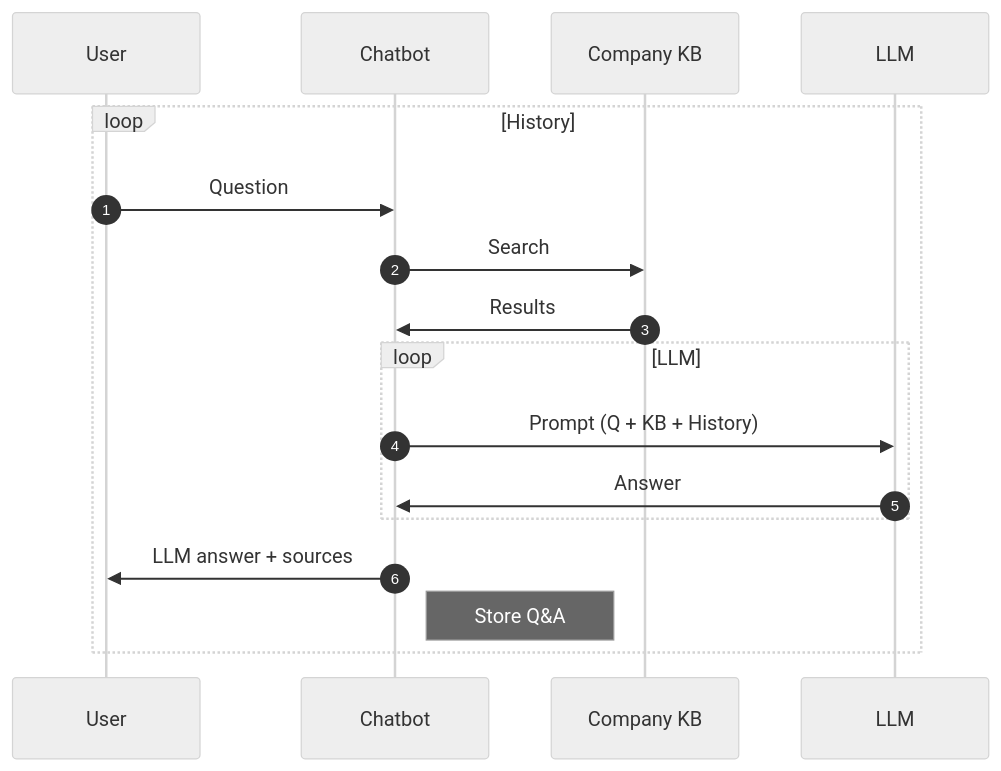
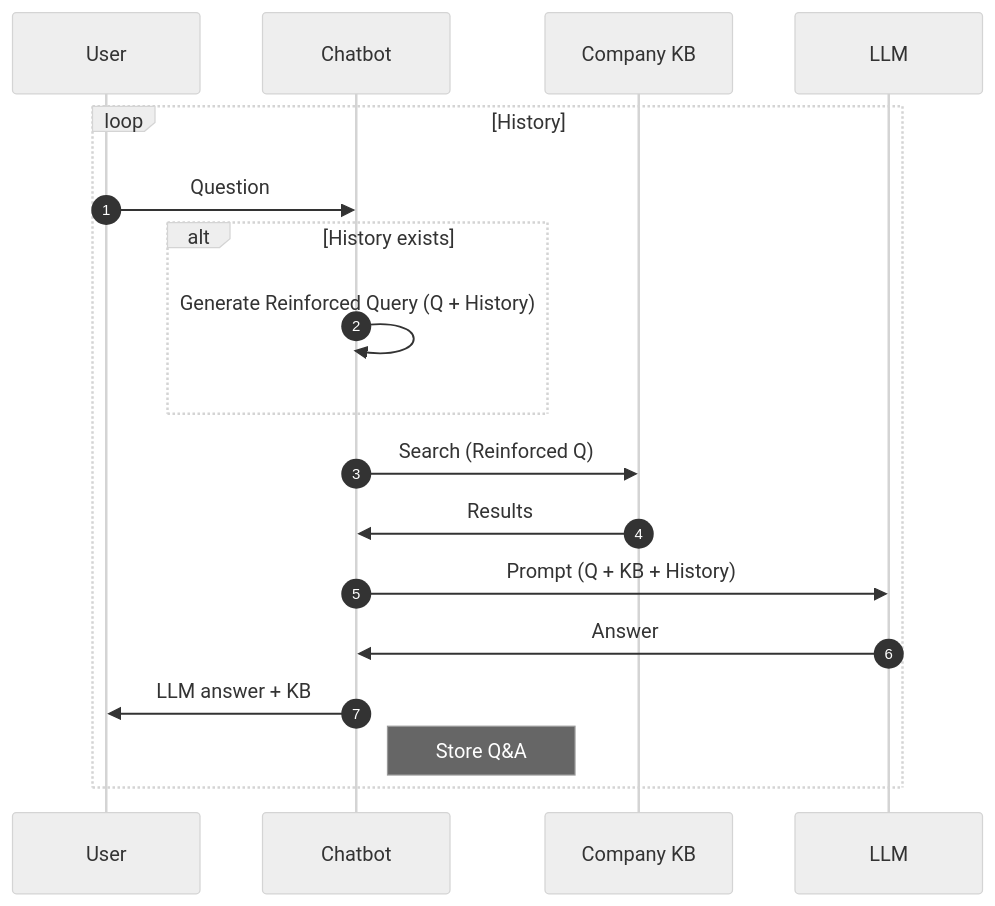
Before and after one commit to dfocusgpt/dfocusgpt.github.io: the diagram in content/en/blog/news/third-post.md, drawn with Mermaid (neutral theme). The commit also changed 20 other files, not shown here.

````diff
--- a/content/en/blog/news/third-post.md
+++ b/content/en/blog/news/third-post.md
@@ -10,15 +10,22 @@
 ```mermaid
 sequenceDiagram
     autonumber
     loop History
+
     User->>Chatbot: Question
-    Chatbot->>Company KB: Search
+
+    alt History exists
+        Chatbot->>Chatbot: Generate Reinforced Query (Q + History)
+    end
+
+    Chatbot->>Company KB: Search (Reinforced Q)
     Company KB->>Chatbot: Results
-    loop LLM
+    
     Chatbot->>LLM: Prompt (Q + KB + History)
     LLM->>Chatbot: Answer
-    end
-    Chatbot->>User: LLM answer + sources
+
+    Chatbot->>User: LLM answer + KB
     Note right of Chatbot: Store Q&A
+
     end
 ```
````
